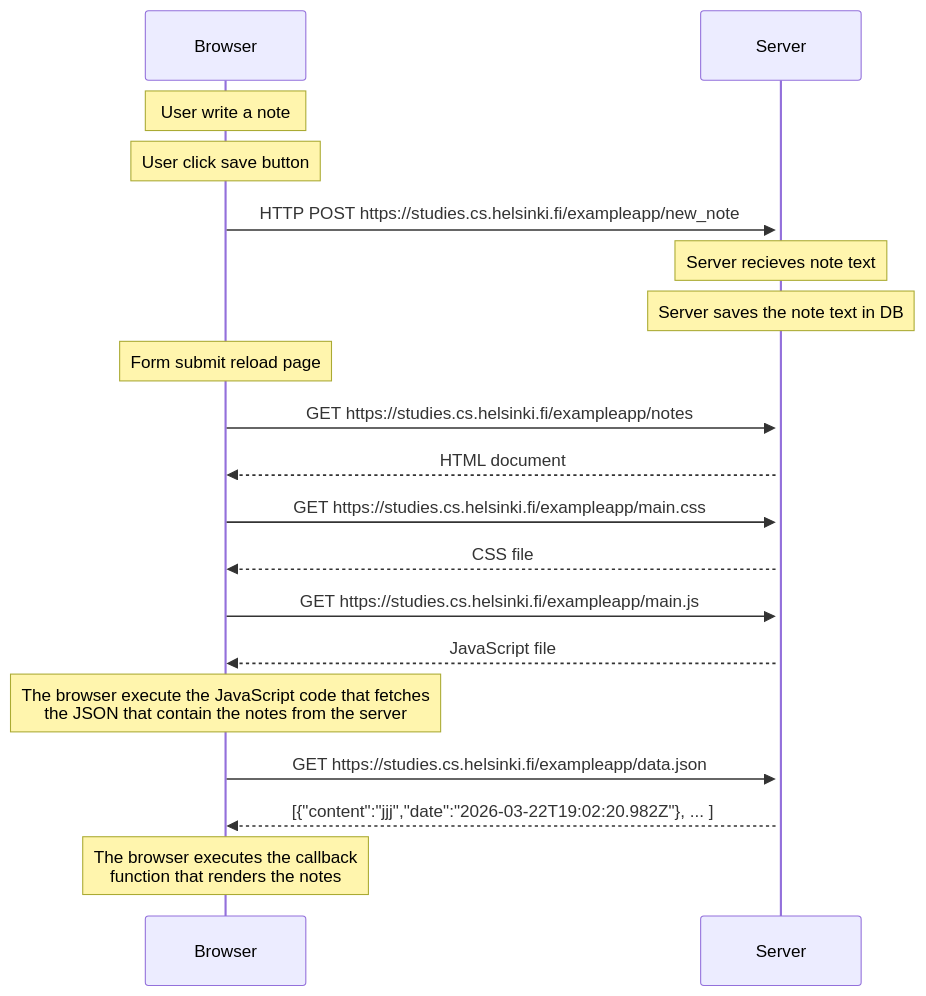
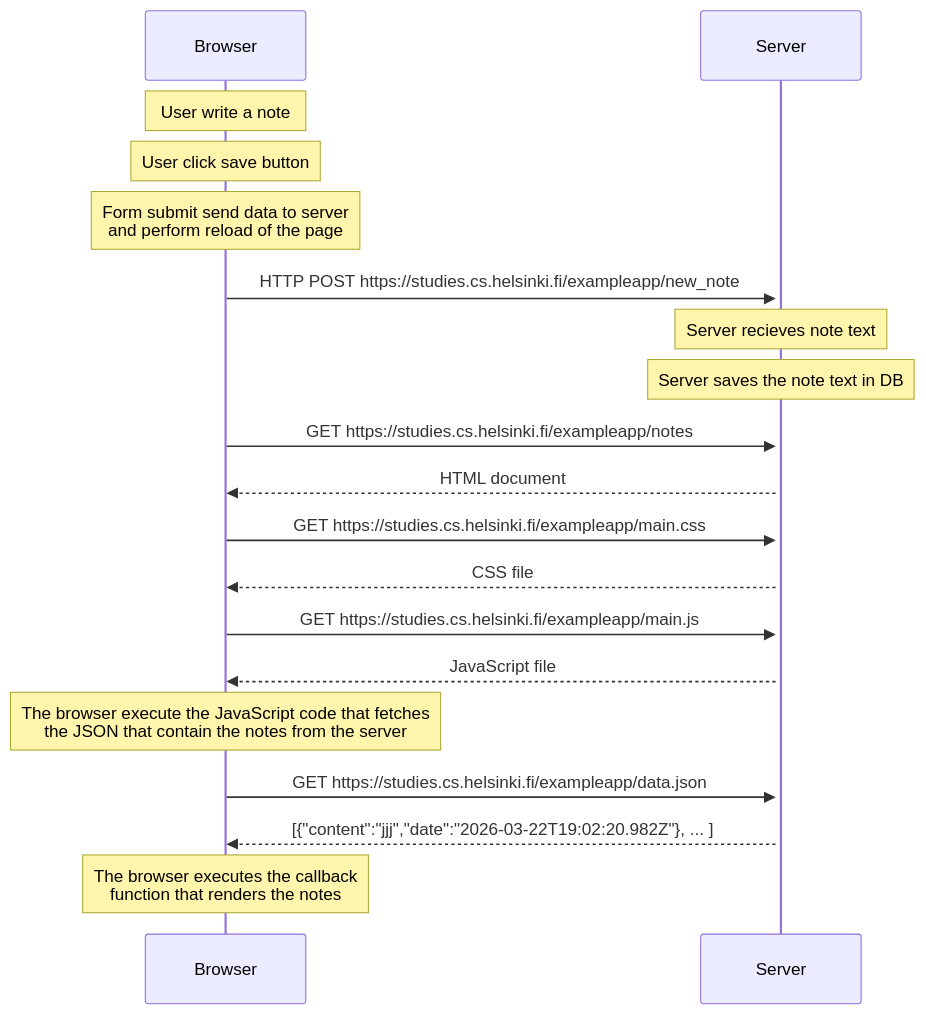
The diagram in part0/Exercise_0.4.mmd (derksDev/fullstackOpenEx), drawn with Mermaid before and after one commit.

Commit message:
modify 0.4 exercsie fixing flow of the diagram

```diff
--- a/part0/Exercise_0.4.mmd
+++ b/part0/Exercise_0.4.mmd
@@ -1,25 +1,25 @@
 sequenceDiagram
     Note over Browser: User write a note
     Note over Browser: User click save button
+    Note over Browser: Form submit send data to server <br> and perform reload of the page
     Browser->>+Server: HTTP POST https://studies.cs.helsinki.fi/exampleapp/new_note
 
     Note over Server: Server recieves note text
     Note over Server: Server saves the note text in DB
-    Note over Browser: Form submit reload page
     Browser->>Server: GET https://studies.cs.helsinki.fi/exampleapp/notes
 
     Server-->>Browser: HTML document
     
 
     Browser->>Server: GET https://studies.cs.helsinki.fi/exampleapp/main.css
     Server-->>Browser: CSS file
 
     Browser->>Server: GET https://studies.cs.helsinki.fi/exampleapp/main.js
     Server-->>Browser: JavaScript file
 
     Note over Browser: The browser execute the JavaScript code that fetches <br> the JSON that contain the notes from the server
 
     Browser->>Server: GET https://studies.cs.helsinki.fi/exampleapp/data.json
     Server-->>Browser: [{"content":"jjj","date":"2026-03-22T19:02:20.982Z"}, ... ]
 
     Note over Browser: The browser executes the callback <br> function that renders the notes
```
